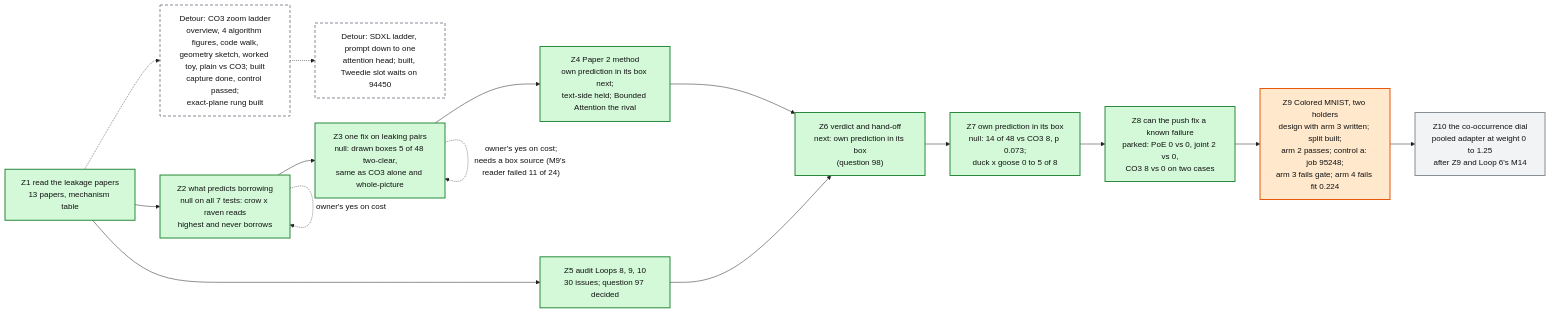
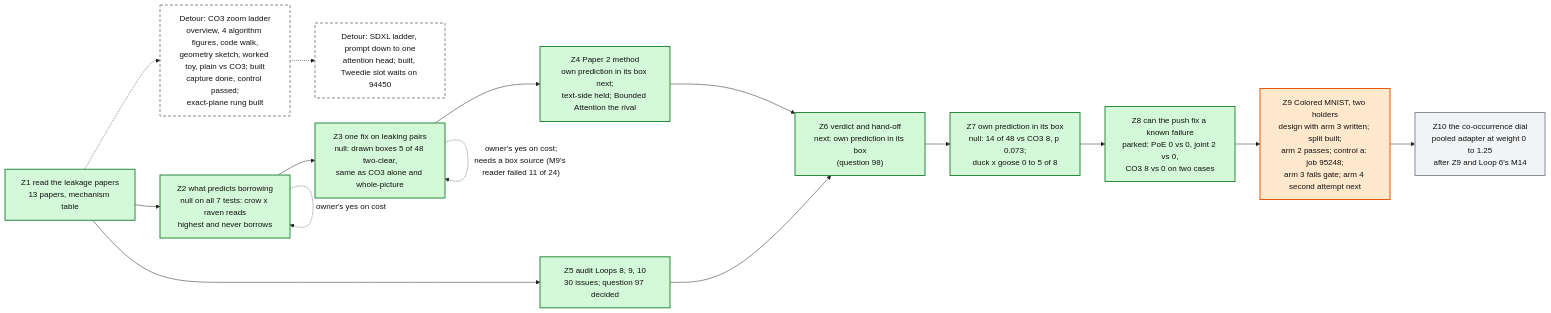
Before and after one commit to mo-rsa24/concept-composition: the diagram in artifacts/notes/progress/leakage/loop-12-progress.mmd, drawn with Mermaid. The commit also changed 1 other file, not shown here.

Commit message:
Loop 12 map: Z9 arm 4 second attempt queued

```diff
--- a/artifacts/notes/progress/leakage/loop-12-progress.mmd
+++ b/artifacts/notes/progress/leakage/loop-12-progress.mmd
@@ -1,28 +1,28 @@
 %%{init: {'theme': 'base', 'themeVariables': {'fontFamily': 'monospace', 'primaryColor': '#ffffff', 'primaryBorderColor': '#222222', 'primaryTextColor': '#111111', 'lineColor': '#222222'}}}%%
 flowchart LR
   Z1["Z1 read the leakage papers<br/>13 papers, mechanism table"]:::done
   Z2["Z2 what predicts borrowing<br/>null on all 7 tests: crow x raven reads<br/>highest and never borrows"]:::done
   Z3["Z3 one fix on leaking pairs<br/>null: drawn boxes 5 of 48 two-clear,<br/>same as CO3 alone and whole-picture"]:::done
   Z4["Z4 Paper 2 method<br/>own prediction in its box next;<br/>text-side held; Bounded Attention the rival"]:::done
   Z5["Z5 audit Loops 8, 9, 10<br/>30 issues; question 97 decided"]:::done
   Z6["Z6 verdict and hand-off<br/>next: own prediction in its box<br/>(question 98)"]:::done
   LAD["Detour: CO3 zoom ladder<br/>overview, 4 algorithm figures, code walk,<br/>geometry sketch, worked toy, plain vs CO3; built<br/>capture done, control passed;<br/>exact-plane rung built"]:::detour
   Z1 -.-> LAD
   SDX["Detour: SDXL ladder, prompt down to one<br/>attention head; built, Tweedie slot waits on 94450"]:::detour
   LAD -.-> SDX
   Z1 --> Z2 --> Z3 --> Z4 --> Z6
   Z1 --> Z5 --> Z6
   Z2 -. "owner's yes on cost" .-> Z2
   Z3 -. "owner's yes on cost;<br/>needs a box source (M9's reader failed 11 of 24)" .-> Z3
   Z7["Z7 own prediction in its box<br/>null: 14 of 48 vs CO3 8, p 0.073;<br/>duck x goose 0 to 5 of 8"]:::done
   Z6 --> Z7
   Z8["Z8 can the push fix a known failure<br/>parked: PoE 0 vs 0, joint 2 vs 0,<br/>CO3 8 vs 0 on two cases"]:::done
   Z7 --> Z8
-  Z9["Z9 Colored MNIST, two holders<br/>design with arm 3 written; split built;<br/>arm 2 passes; control a: job 95248;<br/>arm 3 fails gate; arm 4 fails fit 0.224"]:::doing
+  Z9["Z9 Colored MNIST, two holders<br/>design with arm 3 written; split built;<br/>arm 2 passes; control a: job 95248;<br/>arm 3 fails gate; arm 4 second attempt next"]:::doing
   Z8 --> Z9
   Z10["Z10 the co-occurrence dial<br/>pooled adapter at weight 0 to 1.25<br/>after Z9 and Loop 6's M14"]:::todo
   Z9 --> Z10
   classDef done fill:#d3f9d8,stroke:#2b8a3e,stroke-width:2px
   classDef doing fill:#ffe8cc,stroke:#e8590c,stroke-width:2px
   classDef detour fill:#ffffff,stroke:#868e96,stroke-width:2px,stroke-dasharray: 6 4
   classDef todo fill:#f1f3f5,stroke:#868e96,stroke-width:2px
```
